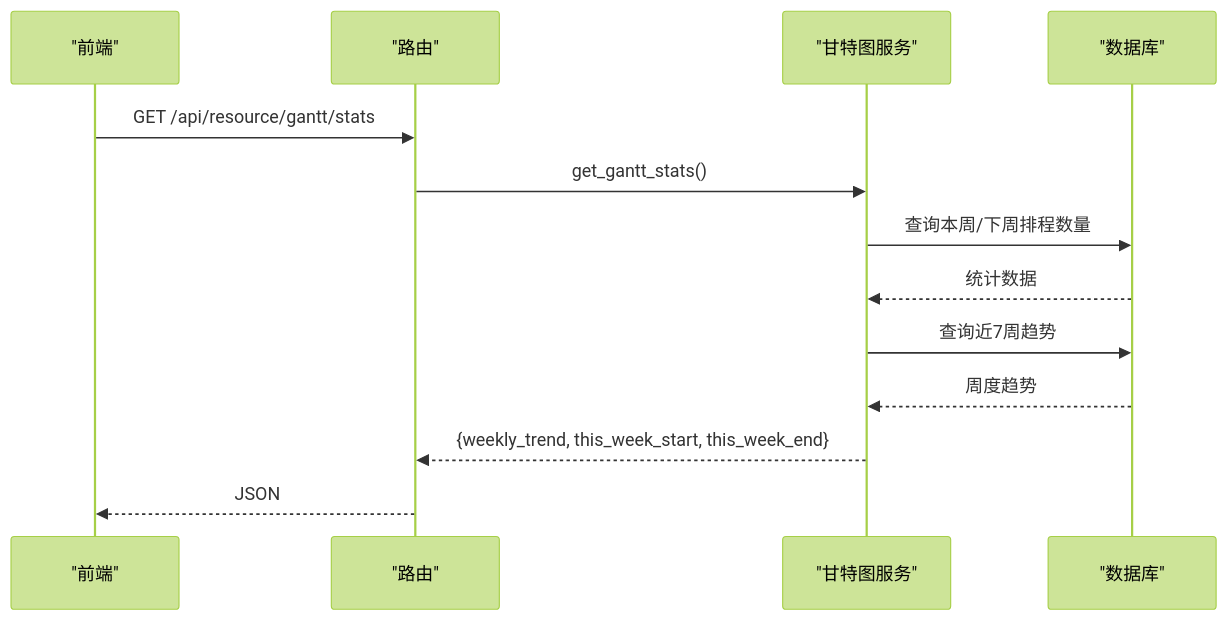
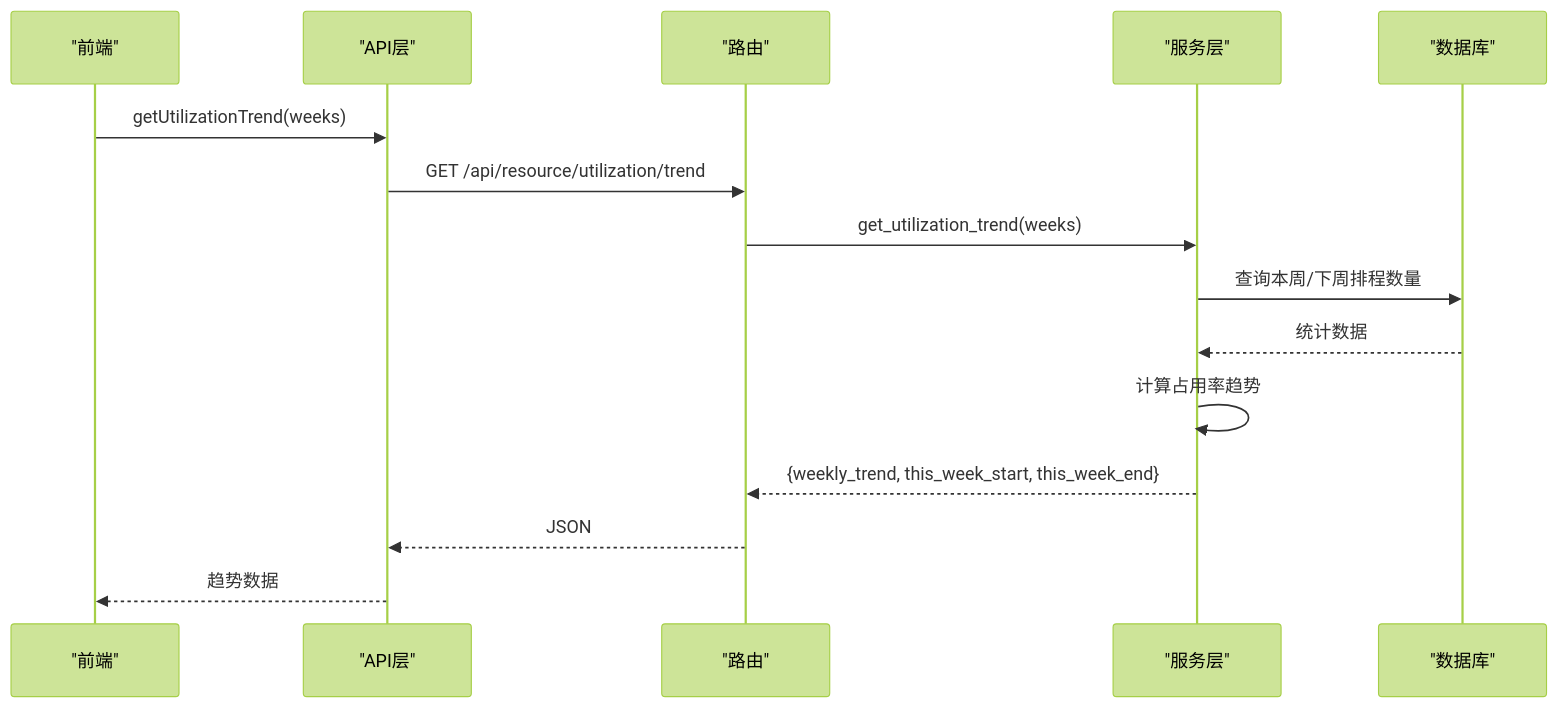
Before and after one commit to JiaStan/shizhi_system_df: the fifth of 6 diagrams in .qoder/repowiki/zh/content/前端界面/功能模块界面/资源占用看板.md, drawn with Mermaid (forest theme). The commit also changed other lines of this file and 53 other files, not shown here.

````diff
--- a/.qoder/repowiki/zh/content/前端界面/功能模块界面/资源占用看板.md
+++ b/.qoder/repowiki/zh/content/前端界面/功能模块界面/资源占用看板.md
@@ -229,15 +214,17 @@
 ```mermaid
 sequenceDiagram
 participant FE as "前端"
+participant API as "API层"
 participant RT as "路由"
-participant GS as "甘特图服务"
+participant US as "服务层"
 participant DB as "数据库"
-FE->>RT : GET /api/resource/gantt/stats
-RT->>GS : get_gantt_stats()
-GS->>DB : 查询本周/下周排程数量
-DB-->>GS : 统计数据
-GS->>DB : 查询近7周趋势
-DB-->>GS : 周度趋势
-GS-->>RT : {weekly_trend, this_week_start, this_week_end}
-RT-->>FE : JSON
+FE->>API : getUtilizationTrend(weeks)
+API->>RT : GET /api/resource/utilization/trend
+RT->>US : get_utilization_trend(weeks)
+US->>DB : 查询本周/下周排程数量
+DB-->>US : 统计数据
+US->>US : 计算占用率趋势
+US-->>RT : {weekly_trend, this_week_start, this_week_end}
+RT-->>API : JSON
+API-->>FE : 趋势数据
 ```
````
